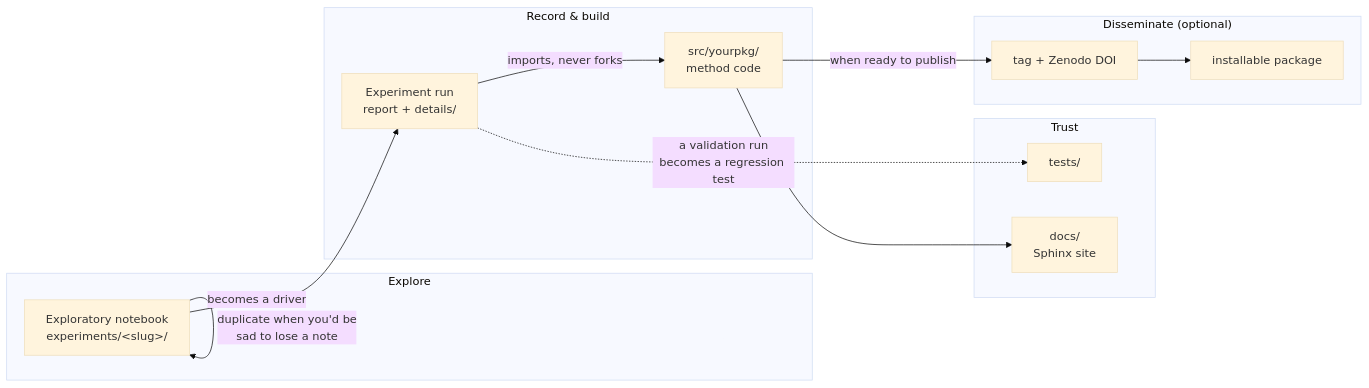
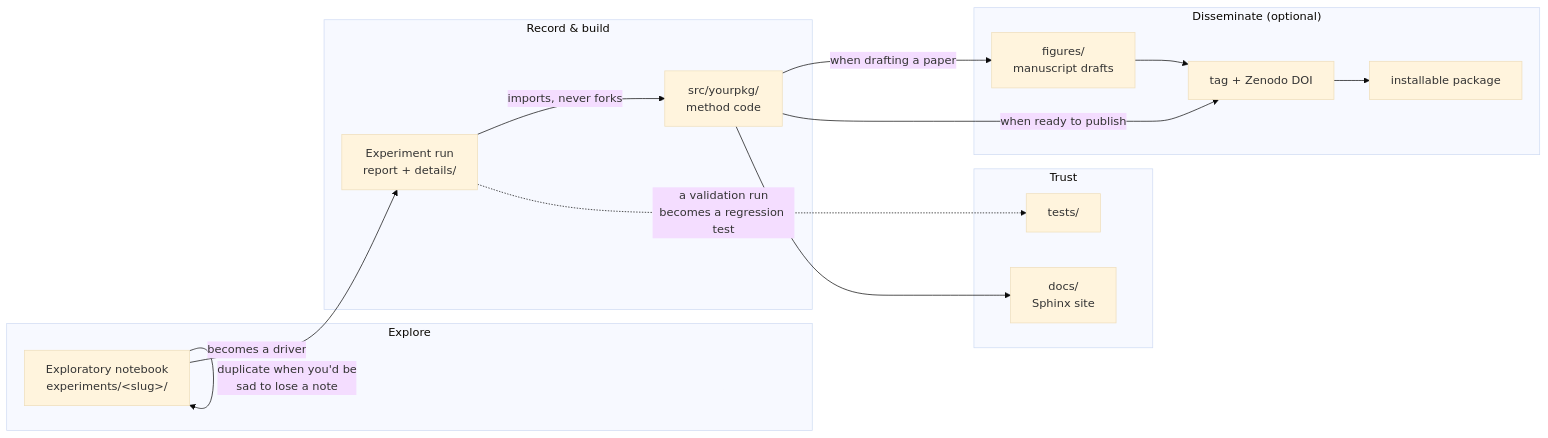
Before and after one commit to DENNIS-QD-Lab/research-software-field-guide: the diagram in repo_kit/STANDARD.md, drawn with Mermaid (base theme). The commit also changed other lines of this file and 2 other files, not shown here.

First line of the commit message:
repo_kit: figures/ recipe and diagram, branch-vs-main trim option

````diff
--- a/repo_kit/STANDARD.md
+++ b/repo_kit/STANDARD.md
@@ -140,26 +143,29 @@
 ```mermaid
 flowchart LR
     subgraph Explore
         NB["Exploratory notebook<br>experiments/&lt;slug&gt;/"]
     end
     subgraph "Record & build"
         EXP["Experiment run<br>report + details/"]
         SRC["src/yourpkg/<br>method code"]
     end
     subgraph Trust
         TEST[tests/]
         DOC["docs/<br>Sphinx site"]
     end
     subgraph "Disseminate (optional)"
+        FIG["figures/<br>manuscript drafts"]
         TAG["tag + Zenodo DOI"]
         PKG[installable package]
     end
 
     NB -->|"duplicate when you'd be<br>sad to lose a note"| NB
     NB -->|becomes a driver| EXP
     EXP -->|"imports, never forks"| SRC
     SRC --> DOC
     EXP -.->|"a validation run<br>becomes a regression test"| TEST
+    SRC -->|"when drafting a paper"| FIG
+    FIG --> TAG
     SRC -->|"when ready to publish"| TAG
     TAG --> PKG
 ```
````
